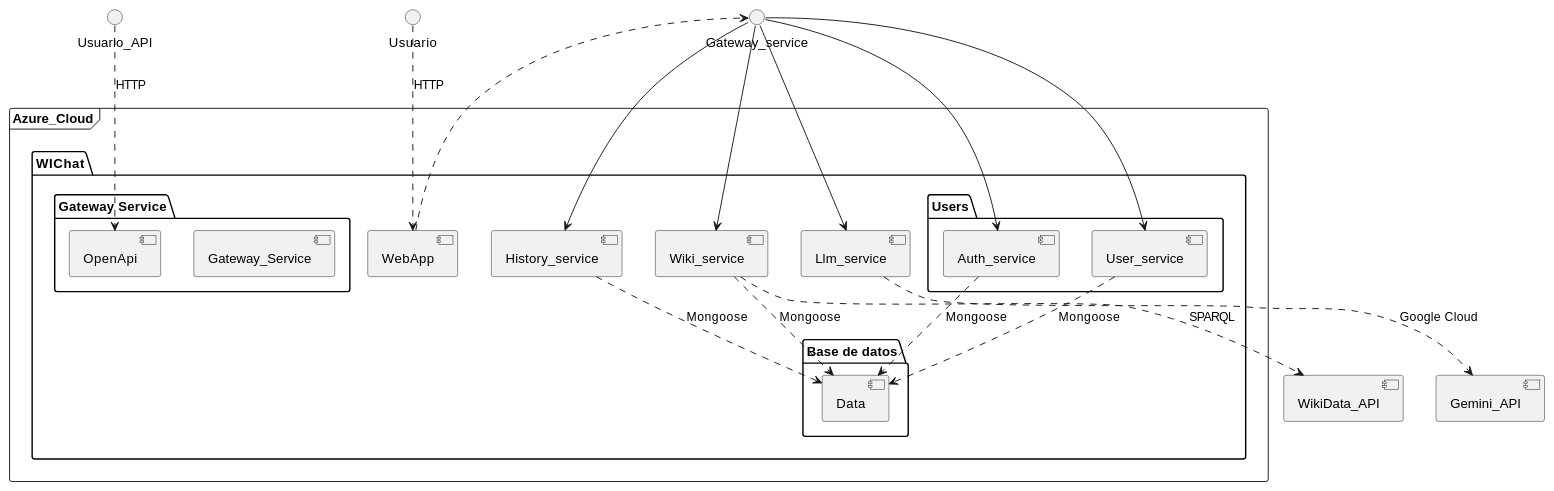
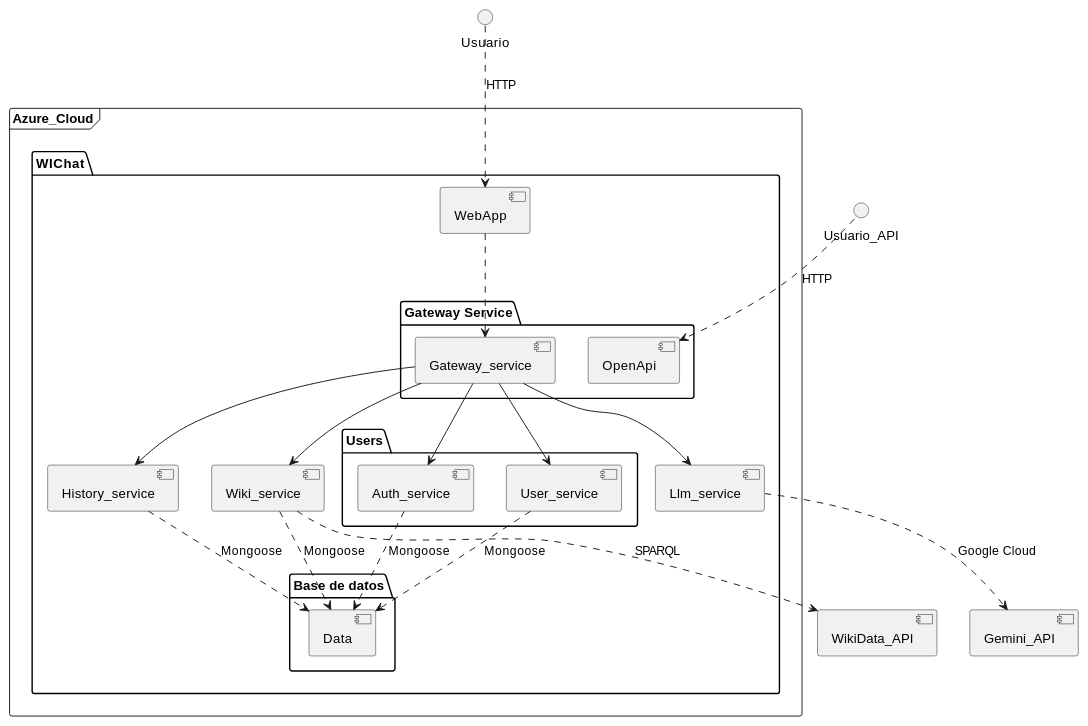
The second of 2 diagrams in docs/src/03_context_and_scope.adoc (Arquisoft/wichat_es5a), drawn with PlantUML before and after one commit. The commit also changed 4 other files, not shown here.

```diff
--- a/docs/src/03_context_and_scope.adoc
+++ b/docs/src/03_context_and_scope.adoc
@@ -42,40 +42,40 @@
 [plantuml, "Contexto técnico WIChat", png]
 ----
 frame "Azure_Cloud" {
     package "WIChat" {
          package "Gateway Service"{
-               [Gateway_Service]
+               [Gateway_service]
                [OpenApi]
          }
          [Wiki_service]
          [History_service]
          [Llm_service]
          [WebApp]
          package "Users" {
               [Auth_service]
               [User_service]
          }
          package "Base de datos" {
               [Data]
         }
     }
 }
 [WikiData_API]
 [Gemini_API]
 () "Usuario"
 () "Usuario_API"
 Usuario ..> WebApp : HTTP
 WebApp ..> Gateway_service
 Gateway_service --> Wiki_service
 Gateway_service --> Auth_service
 Gateway_service --> User_service
 Gateway_service --> History_service
 Gateway_service --> Llm_service
 Wiki_service ..> WikiData_API : SPARQL
 Llm_service ..> Gemini_API : Google Cloud
 Auth_service ..> Data : Mongoose
 User_service ..> Data  : Mongoose
 Wiki_service ..> Data : Mongoose
 History_service ..> Data : Mongoose
 Usuario_API ..> OpenApi : HTTP
 ----
```
